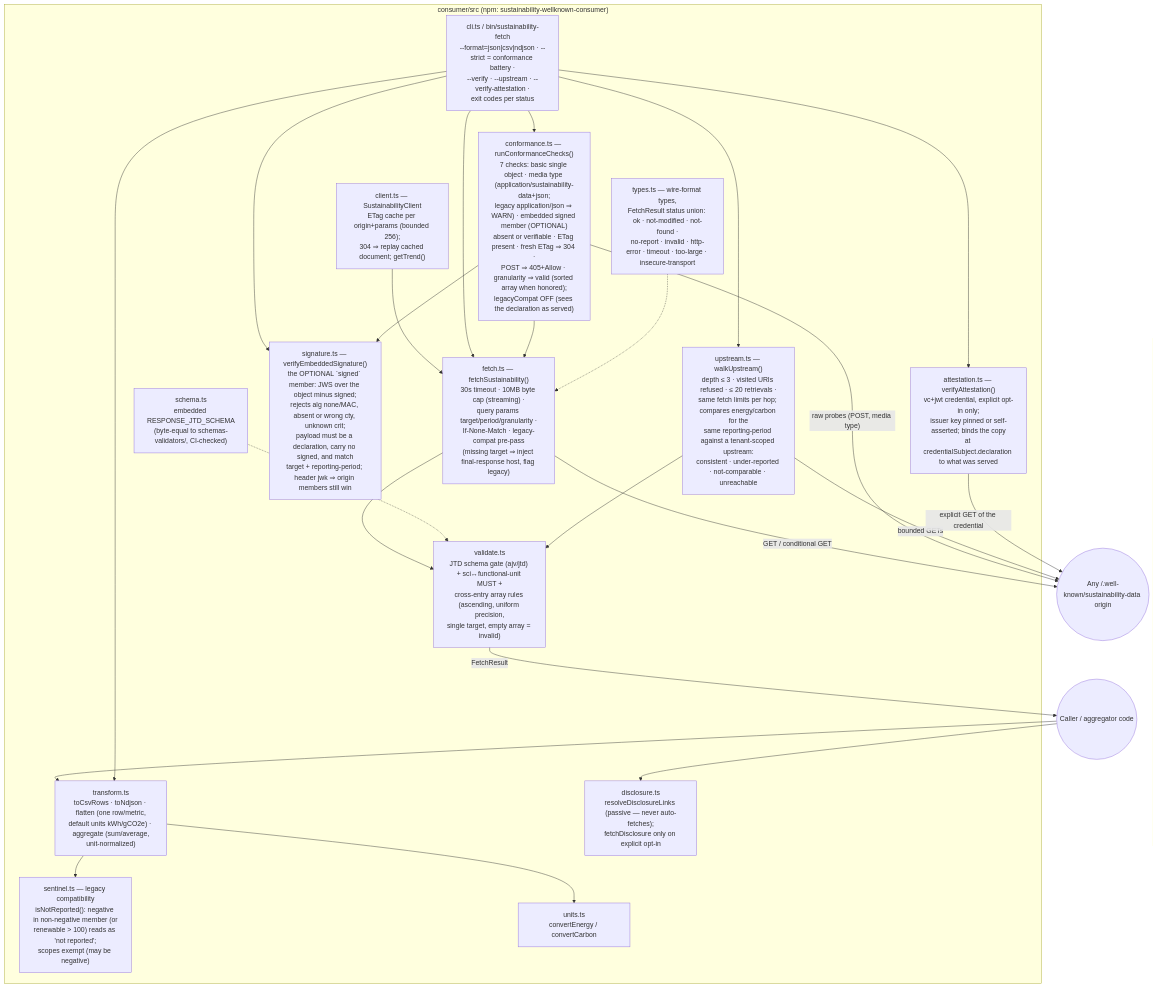
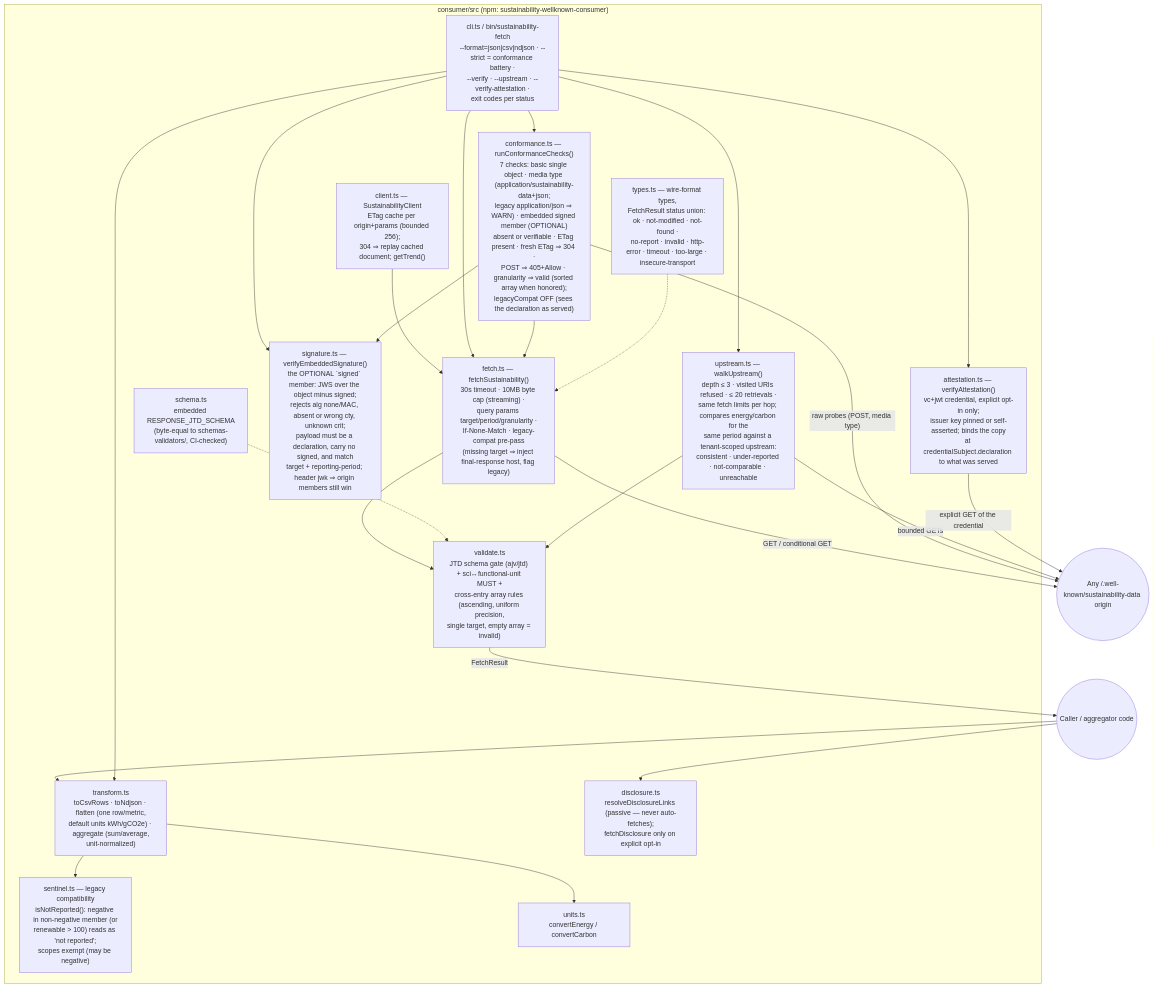
One commit to andreibesleaga/rfc-sustainability-wellknown changed the ninth of 10 diagrams in architecture/README.md. Above: the diagram before and after it, drawn with Mermaid. The commit also changed other lines of this file and 305 other files, not shown here.

````diff
--- a/architecture/README.md
+++ b/architecture/README.md
@@ -813,46 +827,46 @@
 ```mermaid
 flowchart TB
     ORIGIN(("Any /.well-known/sustainability-data origin"))
 
     subgraph CONS["consumer/src (npm: sustainability-wellknown-consumer)"]
         FETCH["fetch.ts — fetchSustainability()<br/>30s timeout · 10MB byte cap (streaming) ·<br/>query params target/period/granularity ·<br/>If-None-Match · legacy-compat pre-pass<br/>(missing target ⇒ inject final-response host, flag legacy)"]
         VAL2["validate.ts<br/>JTD schema gate (ajv/jtd) + sci↔functional-unit MUST +<br/>cross-entry array rules (ascending, uniform precision,<br/>single target, empty array = invalid)"]
         SCH2["schema.ts<br/>embedded RESPONSE_JTD_SCHEMA<br/>(byte-equal to schemas-validators/, CI-checked)"]
         SENT["sentinel.ts — legacy compatibility<br/>isNotReported(): negative in non-negative member (or<br/>renewable > 100) reads as 'not reported';<br/>scopes exempt (may be negative)"]
         UNITS["units.ts<br/>convertEnergy / convertCarbon"]
         TRANS["transform.ts<br/>toCsvRows · toNdjson · flatten (one row/metric,<br/>default units kWh/gCO2e) · aggregate (sum/average,<br/>unit-normalized)"]
         CLIENT2["client.ts — SustainabilityClient<br/>ETag cache per origin+params (bounded 256);<br/>304 ⇒ replay cached document; getTrend()"]
         CONF["conformance.ts — runConformanceChecks()<br/>7 checks: basic single object · media type (application/sustainability-data+json;<br/>legacy application/json ⇒ WARN) · embedded signed member (OPTIONAL)<br/>absent or verifiable · ETag present · fresh ETag ⇒ 304 ·<br/>POST ⇒ 405+Allow · granularity ⇒ valid (sorted array when honored);<br/>legacyCompat OFF (sees the declaration as served)"]
         DISC["disclosure.ts<br/>resolveDisclosureLinks (passive — never auto-fetches);<br/>fetchDisclosure only on explicit opt-in"]
         SIG["signature.ts — verifyEmbeddedSignature()<br/>the OPTIONAL `signed` member: JWS over the object minus signed;<br/>rejects alg none/MAC, absent or wrong cty, unknown crit;<br/>payload must be a declaration, carry no signed, and match<br/>target + reporting-period; header jwk ⇒ origin members still win"]
-        UPS["upstream.ts — walkUpstream()<br/>depth ≤ 3 · visited URIs refused · ≤ 20 retrievals ·<br/>same fetch limits per hop; compares energy/carbon for the<br/>same reporting-period against a tenant-scoped upstream:<br/>consistent · under-reported · not-comparable · unreachable"]
+        UPS["upstream.ts — walkUpstream()<br/>depth ≤ 3 · visited URIs refused · ≤ 20 retrievals ·<br/>same fetch limits per hop; compares energy/carbon for the<br/>same period against a tenant-scoped upstream:<br/>consistent · under-reported · not-comparable · unreachable"]
         ATT["attestation.ts — verifyAttestation()<br/>vc+jwt credential, explicit opt-in only;<br/>issuer key pinned or self-asserted; binds the copy<br/>at credentialSubject.declaration to what was served"]
         CLI3["cli.ts / bin/sustainability-fetch<br/>--format=json|csv|ndjson · --strict = conformance battery ·<br/>--verify · --upstream · --verify-attestation ·<br/>exit codes per status"]
         TYPES["types.ts — wire-format types,<br/>FetchResult status union: ok · not-modified · not-found ·<br/>no-report · invalid · http-error · timeout · too-large · insecure-transport"]
     end
 
     APP(("Caller / aggregator code"))
 
     FETCH -- "GET / conditional GET" --> ORIGIN
     CONF -- "raw probes (POST, media type)" --> ORIGIN
     FETCH --> VAL2
     SCH2 -.-> VAL2
     VAL2 -- "FetchResult" --> APP
     CLIENT2 --> FETCH
     CLI3 --> FETCH
     CLI3 --> CONF
     CLI3 --> SIG
     CLI3 --> UPS
     CLI3 --> ATT
     CONF --> FETCH
     CONF --> SIG
     UPS -- "bounded GETs" --> ORIGIN
     ATT -- "explicit GET of the credential" --> ORIGIN
     UPS --> VAL2
     APP --> TRANS
     TRANS --> SENT
     TRANS --> UNITS
     APP --> DISC
     TYPES -.-> FETCH
     CLI3 --> TRANS
 ```
````
